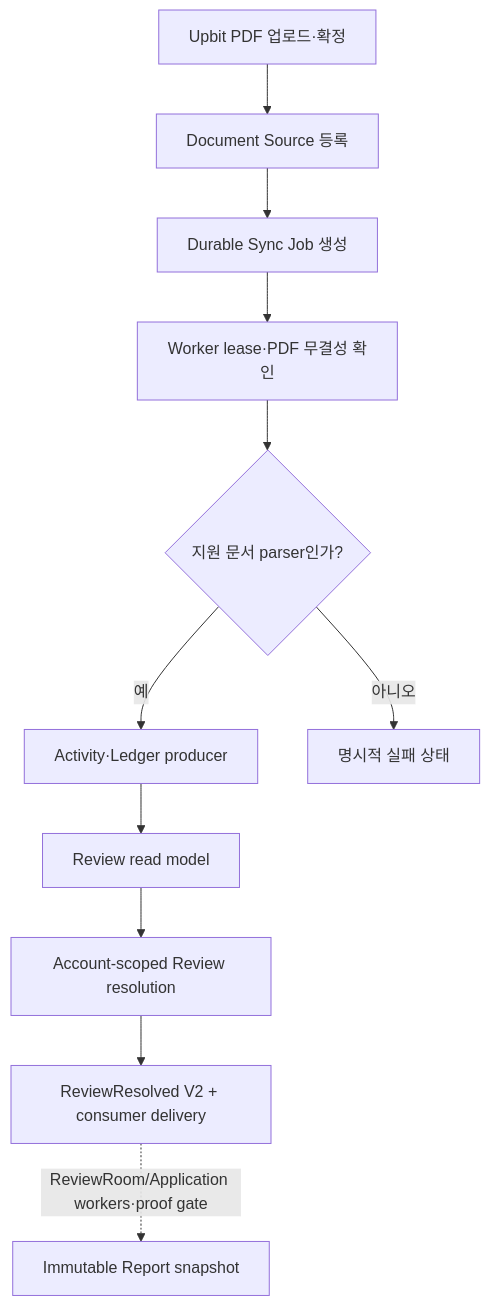
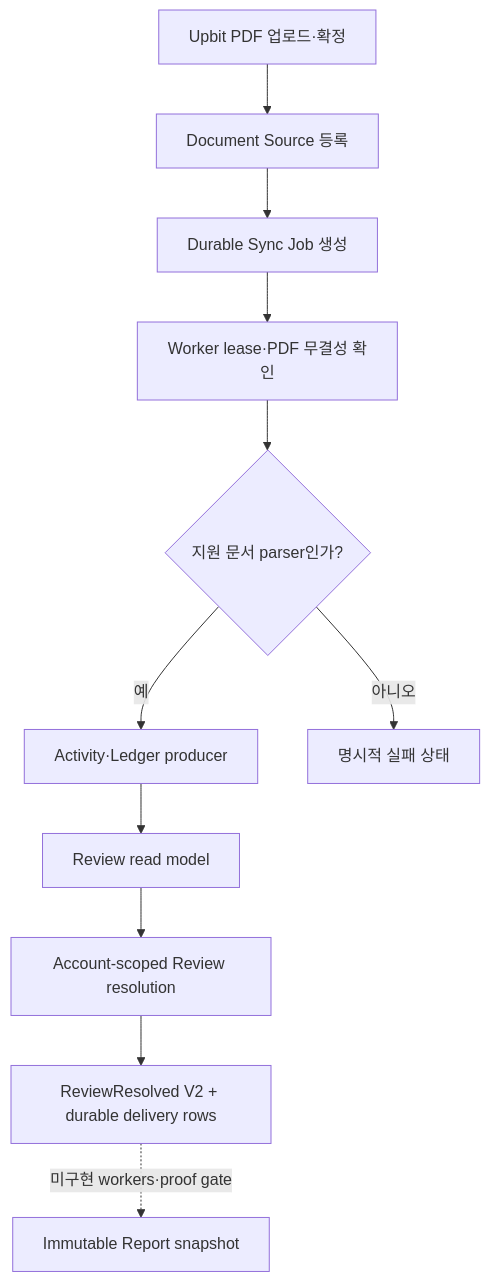
The diagram in docs/engine-integration-roadmap.md (BackwardLabs/daejang), drawn with Mermaid before and after one commit. The commit also changed other lines of this file and 35 other files, not shown here.

````diff
--- a/docs/engine-integration-roadmap.md
+++ b/docs/engine-integration-roadmap.md
@@ -29,13 +29,13 @@
 ```mermaid
 flowchart TD
   upload[Upbit PDF 업로드·확정] --> source[Document Source 등록]
   source --> sync[Durable Sync Job 생성]
   sync --> worker[Worker lease·PDF 무결성 확인]
   worker --> parse{지원 문서 parser인가?}
   parse -->|예| activity[Activity·Ledger producer]
   parse -->|아니오| fail[명시적 실패 상태]
   activity --> review[Review read model]
   review --> resolution[Account-scoped Review resolution]
-  resolution --> delivery[ReviewResolved V2 + consumer delivery]
-  delivery -. ReviewRoom/Application workers·proof gate .-> report[Immutable Report snapshot]
+  resolution --> delivery[ReviewResolved V2 + durable delivery rows]
+  delivery -. 미구현 workers·proof gate .-> report[Immutable Report snapshot]
 ```
````
